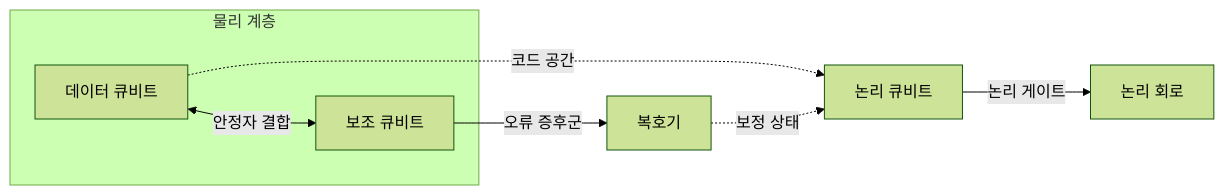
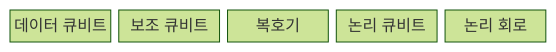
Before and after one commit to agnusdei1207/knowledge-base: the first of 2 diagrams in src/content/docs/notes/02-hardware/075_logical_vs_physical_qubit.md, drawn with Mermaid (forest theme). The commit also changed other lines of this file and 20 other files, not shown here.

````diff
--- a/src/content/docs/notes/02-hardware/075_logical_vs_physical_qubit.md
+++ b/src/content/docs/notes/02-hardware/075_logical_vs_physical_qubit.md
@@ -62,10 +60,9 @@
 ```mermaid
-flowchart LR
-    subgraph P["물리 계층"]
-        D[데이터 큐비트] <-->|안정자 결합| A[보조 큐비트]
-    end
-    D -.->|코드 공간| L[논리 큐비트]
-    A -->|오류 증후군| C[복호기]
-    C -.->|보정 상태| L
-    L -->|논리 게이트| O[논리 회로]
+block
+  columns 5
+  A["데이터 큐비트"]
+  B["보조 큐비트"]
+  C["복호기"]
+  D["논리 큐비트"]
+  E["논리 회로"]
 ```
````
